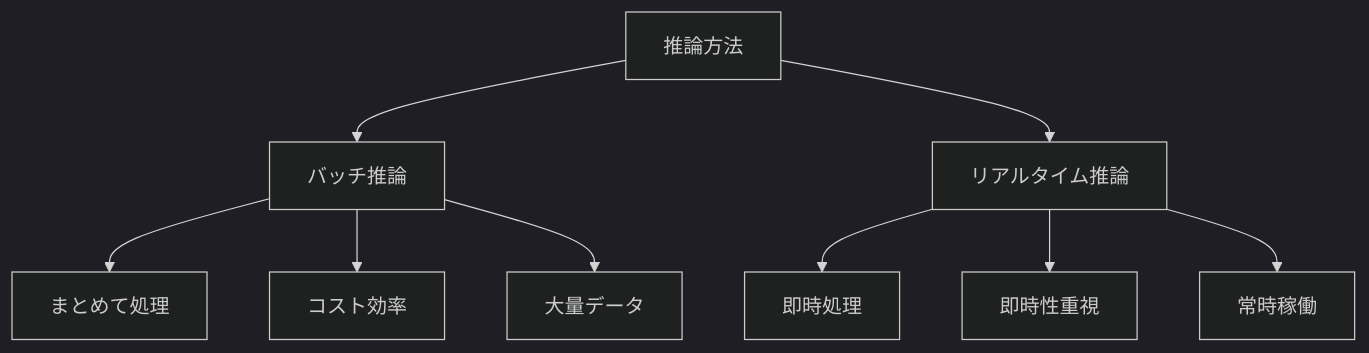
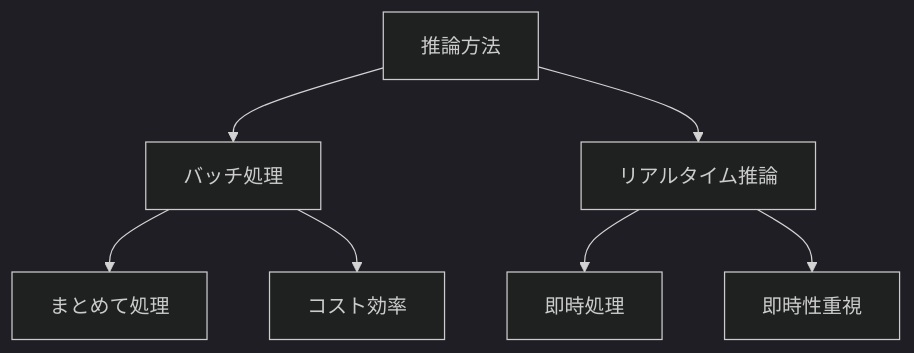
The diagram in docs/AI/100_入門_バッチ処理とリアルタイム推論.md (haruka-aibara/haruka-aibara), drawn with Mermaid (dark theme) before and after one commit. The commit also changed other lines of this file and 34 other files, not shown here.

````diff
--- a/docs/AI/100_入門_バッチ処理とリアルタイム推論.md
+++ b/docs/AI/100_入門_バッチ処理とリアルタイム推論.md
@@ -31,13 +31,11 @@
 ```mermaid
 graph TD
-    A[推論方法] --> B[バッチ推論]
+    A[推論方法] --> B[バッチ処理]
     A --> C[リアルタイム推論]
     
     B --> B1[まとめて処理]
     B --> B2[コスト効率]
-    B --> B3[大量データ]
     
     C --> C1[即時処理]
     C --> C2[即時性重視]
-    C --> C3[常時稼働]
 ```
````
